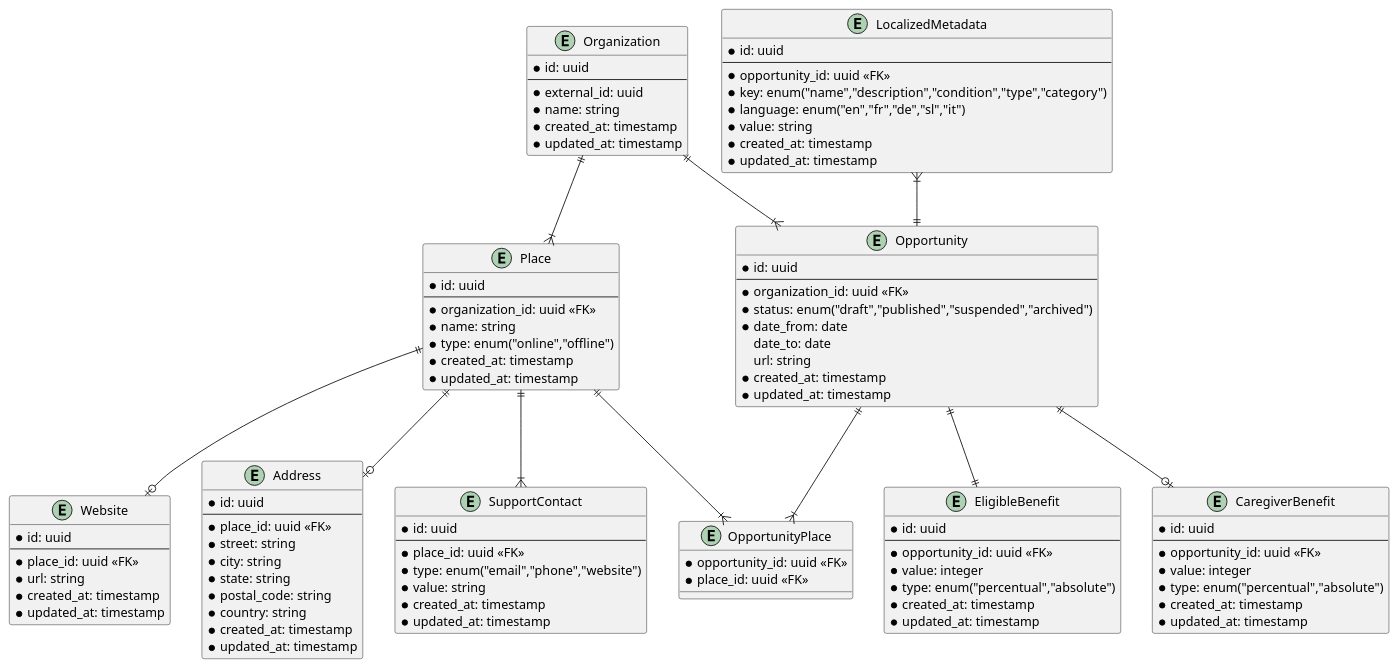
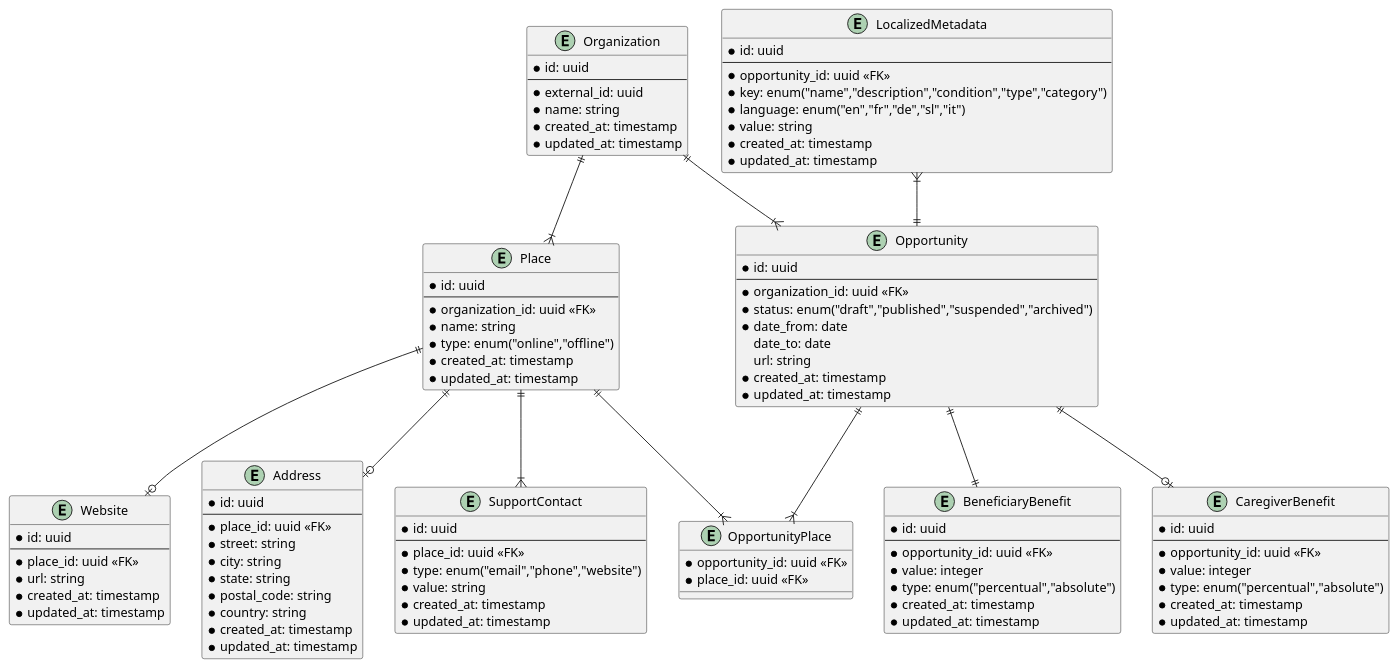
The diagram in docs/backoffice/er.puml (pagopa/io-growth), drawn with PlantUML before and after one commit.

Commit message:
(doc): fixed entity name

```diff
--- a/docs/backoffice/er.puml
+++ b/docs/backoffice/er.puml
@@ -1,113 +1,113 @@
 @startuml ced_er_diagram
 
 entity Organization {
     * id: uuid
     --
     * external_id: uuid
     * name: string
     * created_at: timestamp
     * updated_at: timestamp
 }
 
 entity Place {
     * id: uuid
     --
     * organization_id: uuid <<FK>>
     * name: string
     * type: enum("online","offline")
     * created_at: timestamp
     * updated_at: timestamp
 }
 
 entity Website {
     * id: uuid
     --
     * place_id: uuid <<FK>>
     * url: string
     * created_at: timestamp
     * updated_at: timestamp
 }
 
 entity Address {
     * id: uuid
     --
     * place_id: uuid <<FK>>
     * street: string
     * city: string
     * state: string
     * postal_code: string
     * country: string
     * created_at: timestamp
     * updated_at: timestamp
 }
 
 entity SupportContact {
     * id: uuid
     --
     * place_id: uuid <<FK>>
     * type: enum("email","phone","website")
     * value: string
     * created_at: timestamp
     * updated_at: timestamp
 }
 
 entity OpportunityPlace {
     * opportunity_id: uuid <<FK>>
     * place_id: uuid <<FK>>
 }
 
 entity Opportunity {
     * id: uuid
     --
     * organization_id: uuid <<FK>>
     * status: enum("draft","published","suspended","archived")
     * date_from: date
     date_to: date
     url: string
     * created_at: timestamp
     * updated_at: timestamp
 }
 
-entity EligibleBenefit {
+entity BeneficiaryBenefit {
     * id: uuid
     --
     * opportunity_id: uuid <<FK>>
     * value: integer
     * type: enum("percentual","absolute")
     * created_at: timestamp
     * updated_at: timestamp
 }
 
 entity CaregiverBenefit {
     * id: uuid
     --
     * opportunity_id: uuid <<FK>>
     * value: integer
     * type: enum("percentual","absolute")
     * created_at: timestamp
     * updated_at: timestamp
 }
 
 entity LocalizedMetadata {
     * id: uuid
     --
     * opportunity_id: uuid <<FK>>
     * key: enum("name","description","condition","type","category")
     * language: enum("en","fr","de","sl","it")
     * value: string
     * created_at: timestamp
     * updated_at: timestamp
 }
 
 Organization ||--|{ Place
 Organization ||--|{ Opportunity
 Place ||--o| Address
 Place ||--o| Website
 Place ||--|{ SupportContact
 Place ||--|{ OpportunityPlace
 Opportunity ||--|{ OpportunityPlace
 LocalizedMetadata }|--|| Opportunity
-Opportunity ||--|| EligibleBenefit
+Opportunity ||--|| BeneficiaryBenefit
 Opportunity ||--o| CaregiverBenefit
 
 @enduml
```
